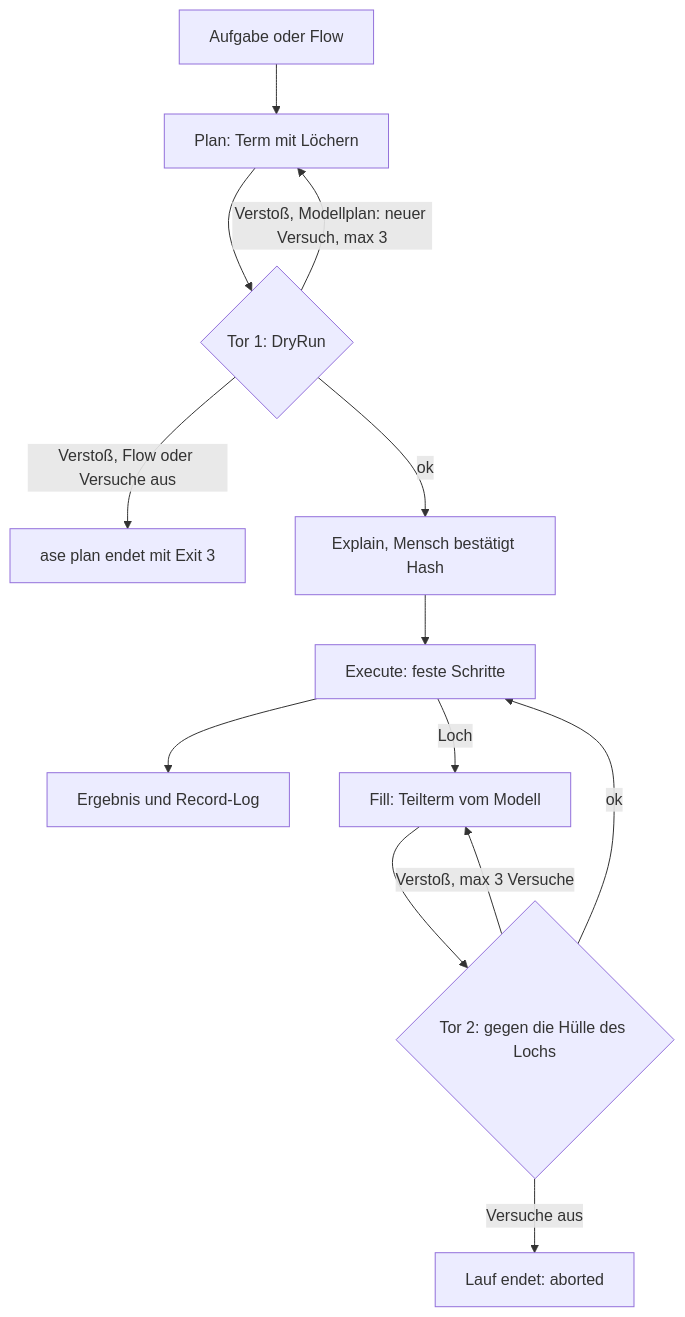
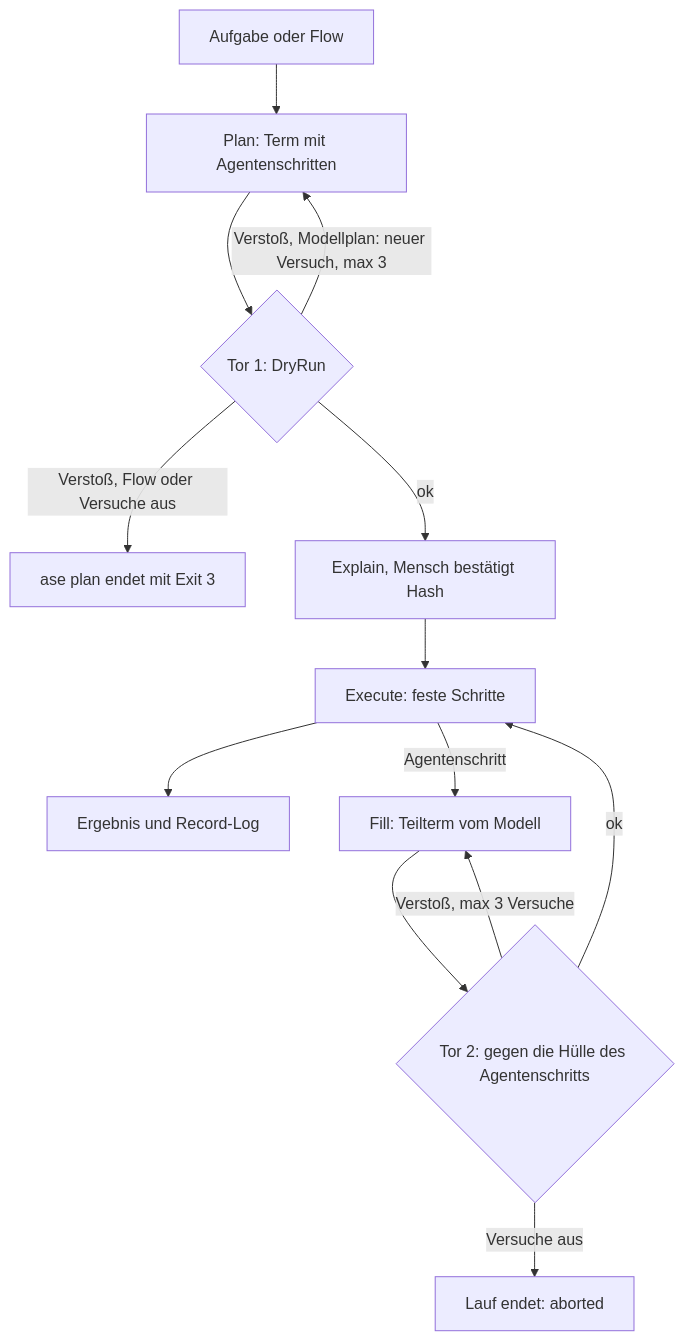
Before and after one commit to schneist/agentic-step-engine: the diagram in README.md, drawn with Mermaid. The commit also changed other lines of this file and 22 other files, not shown here.

First line of the commit message:
D#69 scopePrefix: Sicht getrennt vom Schreibrecht, M#17; D#70 Agentenschritt statt Loch in der Doku

````diff
--- a/README.md
+++ b/README.md
@@ -25,15 +25,15 @@
 ```mermaid
 flowchart TD
-    A[Aufgabe oder Flow] --> B[Plan: Term mit Löchern]
+    A[Aufgabe oder Flow] --> B[Plan: Term mit Agentenschritten]
     B --> C{Tor 1: DryRun}
     C -- Verstoß, Modellplan: neuer Versuch, max 3 --> B
     C -- Verstoß, Flow oder Versuche aus --> X[ase plan endet mit Exit 3]
     C -- ok --> D[Explain, Mensch bestätigt Hash]
     D --> E[Execute: feste Schritte]
     E --> F[Ergebnis und Record-Log]
-    E -- Loch --> G[Fill: Teilterm vom Modell]
-    G --> H{Tor 2: gegen die Hülle des Lochs}
+    E -- Agentenschritt --> G[Fill: Teilterm vom Modell]
+    G --> H{Tor 2: gegen die Hülle des Agentenschritts}
     H -- Verstoß, max 3 Versuche --> G
     H -- Versuche aus --> Y[Lauf endet: aborted]
     H -- ok --> E
 ```
````
